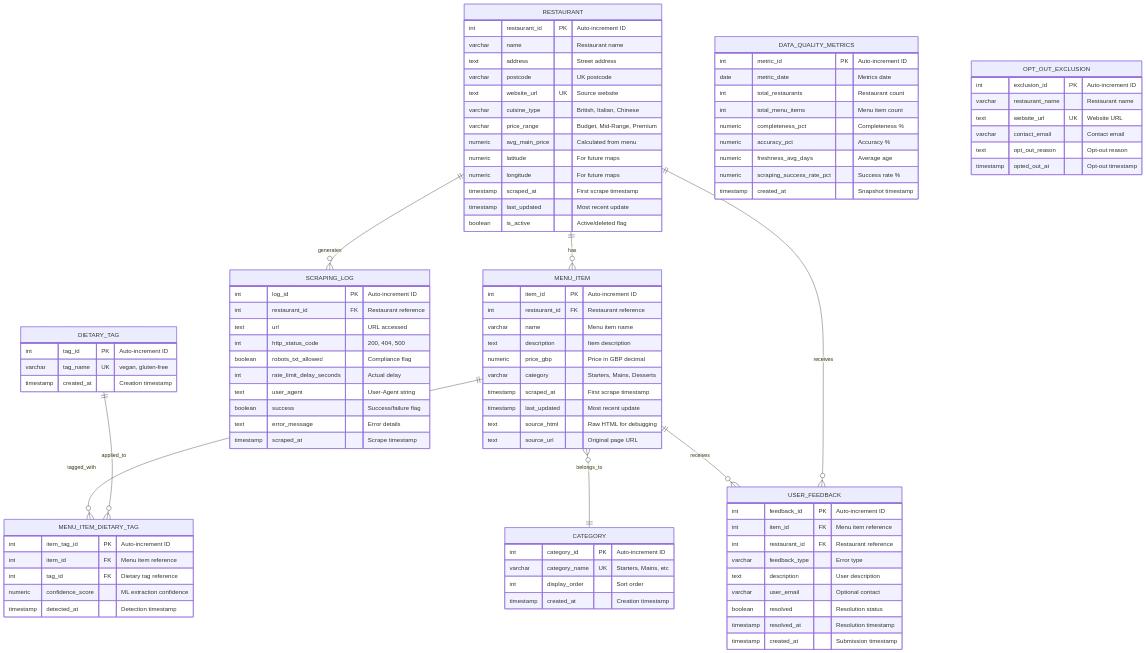
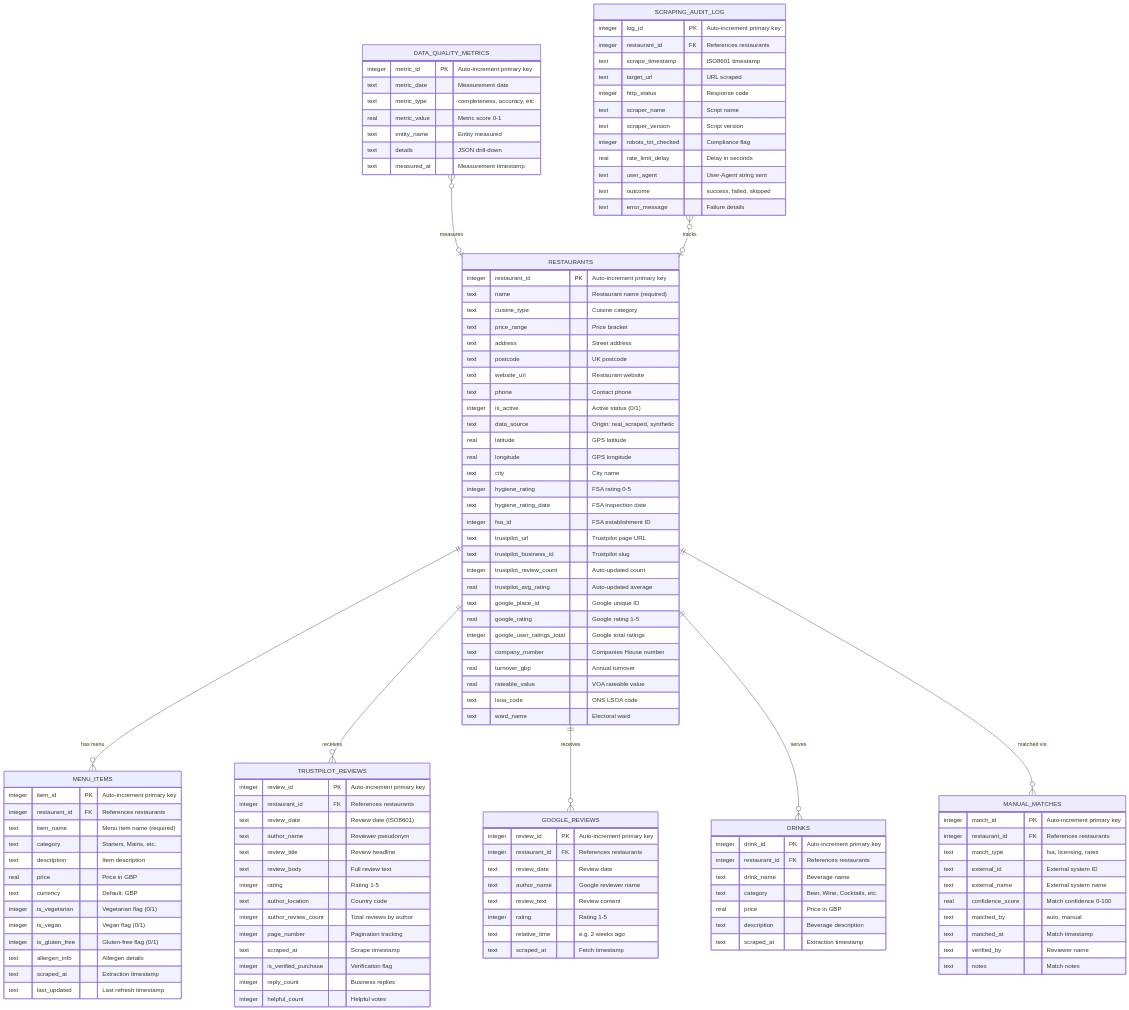
One commit to tractorjuice/arckit-test-project-v13-plymouth-research changed the diagram in projects/001-plymouth-research-restaurant-menu-analytics/ARC-001-DATA-v1.0.md. Above: the diagram before and after it, drawn with Mermaid. The commit also changed other lines of this file and 1 other file, not shown here.

First line of the commit message:
docs: add data source discovery and regenerate data model

````diff
--- a/projects/001-plymouth-research-restaurant-menu-analytics/ARC-001-DATA-v1.0.md
+++ b/projects/001-plymouth-research-restaurant-menu-analytics/ARC-001-DATA-v1.0.md
@@ -68,106 +72,133 @@
 ```mermaid
 erDiagram
-    RESTAURANT ||--o{ MENU_ITEM : has
-    RESTAURANT ||--o{ SCRAPING_LOG : generates
-    MENU_ITEM ||--o{ MENU_ITEM_DIETARY_TAG : tagged_with
-    DIETARY_TAG ||--o{ MENU_ITEM_DIETARY_TAG : applied_to
-    MENU_ITEM }o--|| CATEGORY : belongs_to
-    MENU_ITEM ||--o{ USER_FEEDBACK : receives
-    RESTAURANT ||--o{ USER_FEEDBACK : receives
+    RESTAURANTS ||--o{ MENU_ITEMS : "has menu"
+    RESTAURANTS ||--o{ TRUSTPILOT_REVIEWS : "receives"
+    RESTAURANTS ||--o{ GOOGLE_REVIEWS : "receives"
+    RESTAURANTS ||--o{ DRINKS : "serves"
+    RESTAURANTS ||--o{ MANUAL_MATCHES : "matched via"
+    DATA_QUALITY_METRICS }o--o| RESTAURANTS : "measures"
+    SCRAPING_AUDIT_LOG }o--o| RESTAURANTS : "tracks"
 
-    RESTAURANT {
-        int restaurant_id PK "Auto-increment ID"
-        varchar name "Restaurant name"
+    RESTAURANTS {
+        integer restaurant_id PK "Auto-increment primary key"
+        text name "Restaurant name (required)"
+        text cuisine_type "Cuisine category"
+        text price_range "Price bracket"
         text address "Street address"
-        varchar postcode "UK postcode"
-        text website_url UK "Source website"
-        varchar cuisine_type "British, Italian, Chinese"
-        varchar price_range "Budget, Mid-Range, Premium"
-        numeric avg_main_price "Calculated from menu"
-        numeric latitude "For future maps"
-        numeric longitude "For future maps"
-        timestamp scraped_at "First scrape timestamp"
-        timestamp last_updated "Most recent update"
-        boolean is_active "Active/deleted flag"
+        text postcode "UK postcode"
+        text website_url "Restaurant website"
+        text phone "Contact phone"
+        integer is_active "Active status (0/1)"
+        text data_source "Origin: real_scraped, synthetic"
+        real latitude "GPS latitude"
+        real longitude "GPS longitude"
+        text city "City name"
+        integer hygiene_rating "FSA rating 0-5"
+        text hygiene_rating_date "FSA inspection date"
+        integer fsa_id "FSA establishment ID"
+        text trustpilot_url "Trustpilot page URL"
+        text trustpilot_business_id "Trustpilot slug"
+        integer trustpilot_review_count "Auto-updated count"
+        real trustpilot_avg_rating "Auto-updated average"
+        text google_place_id "Google unique ID"
+        real google_rating "Google rating 1-5"
+        integer google_user_ratings_total "Google total ratings"
+        text company_number "Companies House number"
+        real turnover_gbp "Annual turnover"
+        real rateable_value "VOA rateable value"
+        text lsoa_code "ONS LSOA code"
+        text ward_name "Electoral ward"
     }
 
-    MENU_ITEM {
-        int item_id PK "Auto-increment ID"
-        int restaurant_id FK "Restaurant reference"
-        varchar name "Menu item name"
+    MENU_ITEMS {
+        integer item_id PK "Auto-increment primary key"
+        integer restaurant_id FK "References restaurants"
+        text item_name "Menu item name (required)"
+        text category "Starters, Mains, etc."
         text description "Item description"
-        numeric price_gbp "Price in GBP decimal"
-        varchar category "Starters, Mains, Desserts"
-        timestamp scraped_at "First scrape timestamp"
-        timestamp last_updated "Most recent update"
-        text source_html "Raw HTML for debugging"
-        text source_url "Original page URL"
+        real price "Price in GBP"
+        text currency "Default: GBP"
+        integer is_vegetarian "Vegetarian flag (0/1)"
+        integer is_vegan "Vegan flag (0/1)"
+        integer is_gluten_free "Gluten-free flag (0/1)"
+        text allergen_info "Allergen details"
+        text scraped_at "Extraction timestamp"
+        text last_updated "Last refresh timestamp"
     }
 
-    CATEGORY {
-        int category_id PK "Auto-increment ID"
-        varchar category_name UK "Starters, Mains, etc"
-        int display_order "Sort order"
-        timestamp created_at "Creation timestamp"
+    TRUSTPILOT_REVIEWS {
+        integer review_id PK "Auto-increment primary key"
+        integer restaurant_id FK "References restaurants"
+        text review_date "Review date (ISO8601)"
+        text author_name "Reviewer pseudonym"
+        text review_title "Review headline"
+        text review_body "Full review text"
+        integer rating "Rating 1-5"
+        text author_location "Country code"
+        integer author_review_count "Total reviews by author"
+        integer page_number "Pagination tracking"
+        text scraped_at "Scrape timestamp"
+        integer is_verified_purchase "Verification flag"
+        integer reply_count "Business replies"
+        integer helpful_count "Helpful votes"
     }
 
-    DIETARY_TAG {
-        int tag_id PK "Auto-increment ID"
-        varchar tag_name UK "vegan, gluten-free"
-        timestamp created_at "Creation timestamp"
+    GOOGLE_REVIEWS {
+        integer review_id PK "Auto-increment primary key"
+        integer restaurant_id FK "References restaurants"
+        text review_date "Review date"
+        text author_name "Google reviewer name"
+        text review_text "Review content"
+        integer rating "Rating 1-5"
+        text relative_time "e.g. 2 weeks ago"
+        text scraped_at "Fetch timestamp"
     }
 
-    MENU_ITEM_DIETARY_TAG {
-        int item_tag_id PK "Auto-increment ID"
-        int item_id FK "Menu item reference"
-        int tag_id FK "Dietary tag reference"
-        numeric confidence_score "ML extraction confidence"
-        timestamp detected_at "Detection timestamp"
-    }
-
-    SCRAPING_LOG {
-        int log_id PK "Auto-increment ID"
-        int restaurant_id FK "Restaurant reference"
-        text url "URL accessed"
-        int http_status_code "200, 404, 500"
-        boolean robots_txt_allowed "Compliance flag"
-        int rate_limit_delay_seconds "Actual delay"
-        text user_agent "User-Agent string"
-        boolean success "Success/failure flag"
-        text error_message "Error details"
-        timestamp scraped_at "Scrape timestamp"
+    DRINKS {
+        integer drink_id PK "Auto-increment primary key"
+        integer restaurant_id FK "References restaurants"
+        text drink_name "Beverage name"
+        text category "Beer, Wine, Cocktails, etc."
+        real price "Price in GBP"
+        text description "Beverage description"
+        text scraped_at "Extraction timestamp"
     }
 
     DATA_QUALITY_METRICS {
-        int metric_id PK "Auto-increment ID"
-        date metric_date "Metrics date"
-        int total_restaurants "Restaurant count"
-        int total_menu_items "Menu item count"
-        numeric completeness_pct "Completeness %"
-        numeric accuracy_pct "Accuracy %"
-        numeric freshness_avg_days "Average age"
-        numeric scraping_success_rate_pct "Success rate %"
-        timestamp created_at "Snapshot timestamp"
+        integer metric_id PK "Auto-increment primary key"
+        text metric_date "Measurement date"
+        text metric_type "completeness, accuracy, etc."
+        real metric_value "Metric score 0-1"
+        text entity_name "Entity measured"
+        text details "JSON drill-down"
+        text measured_at "Measurement timestamp"
     }
 
-    USER_FEEDBACK {
-        int feedback_id PK "Auto-increment ID"
-        int item_id FK "Menu item reference"
-        int restaurant_id FK "Restaurant reference"
-        varchar feedback_type "Error type"
-        text description "User description"
-        varchar user_email "Optional contact"
-        boolean resolved "Resolution status"
-        timestamp resolved_at "Resolution timestamp"
-        timestamp created_at "Submission timestamp"
+    SCRAPING_AUDIT_LOG {
+        integer log_id PK "Auto-increment primary key"
+        integer restaurant_id FK "References restaurants"
+        text scrape_timestamp "ISO8601 timestamp"
+        text target_url "URL scraped"
+        integer http_status "Response code"
+        text scraper_name "Script name"
+        text scraper_version "Script version"
+        integer robots_txt_checked "Compliance flag"
+        real rate_limit_delay "Delay in seconds"
+        text user_agent "User-Agent string sent"
+        text outcome "success, failed, skipped"
+        text error_message "Failure details"
     }
 
-    OPT_OUT_EXCLUSION {
-        int exclusion_id PK "Auto-increment ID"
-        varchar restaurant_name "Restaurant name"
-        text website_url UK "Website URL"
-        varchar contact_email "Contact email"
-        text opt_out_reason "Opt-out reason"
-        timestamp opted_out_at "Opt-out timestamp"
+    MANUAL_MATCHES {
+        integer match_id PK "Auto-increment primary key"
+        integer restaurant_id FK "References restaurants"
+        text match_type "fsa, licensing, rates"
+        text external_id "External system ID"
+        text external_name "External system name"
+        real confidence_score "Match confidence 0-100"
+        text matched_by "auto, manual"
+        text matched_at "Match timestamp"
+        text verified_by "Reviewer name"
+        text notes "Match notes"
     }
 ```
````
